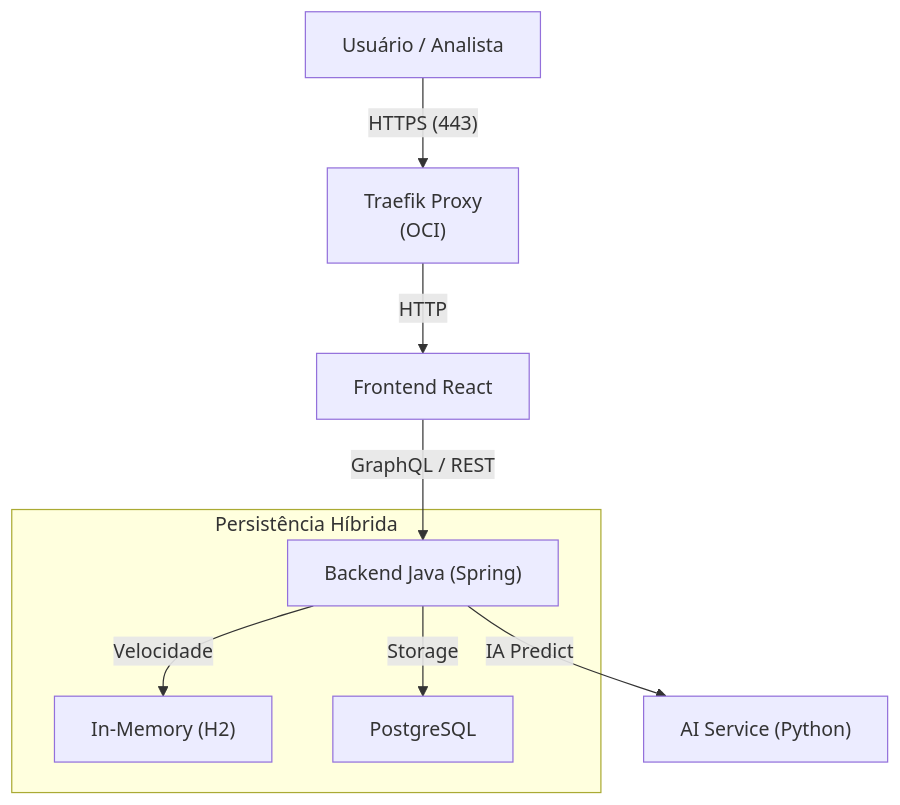
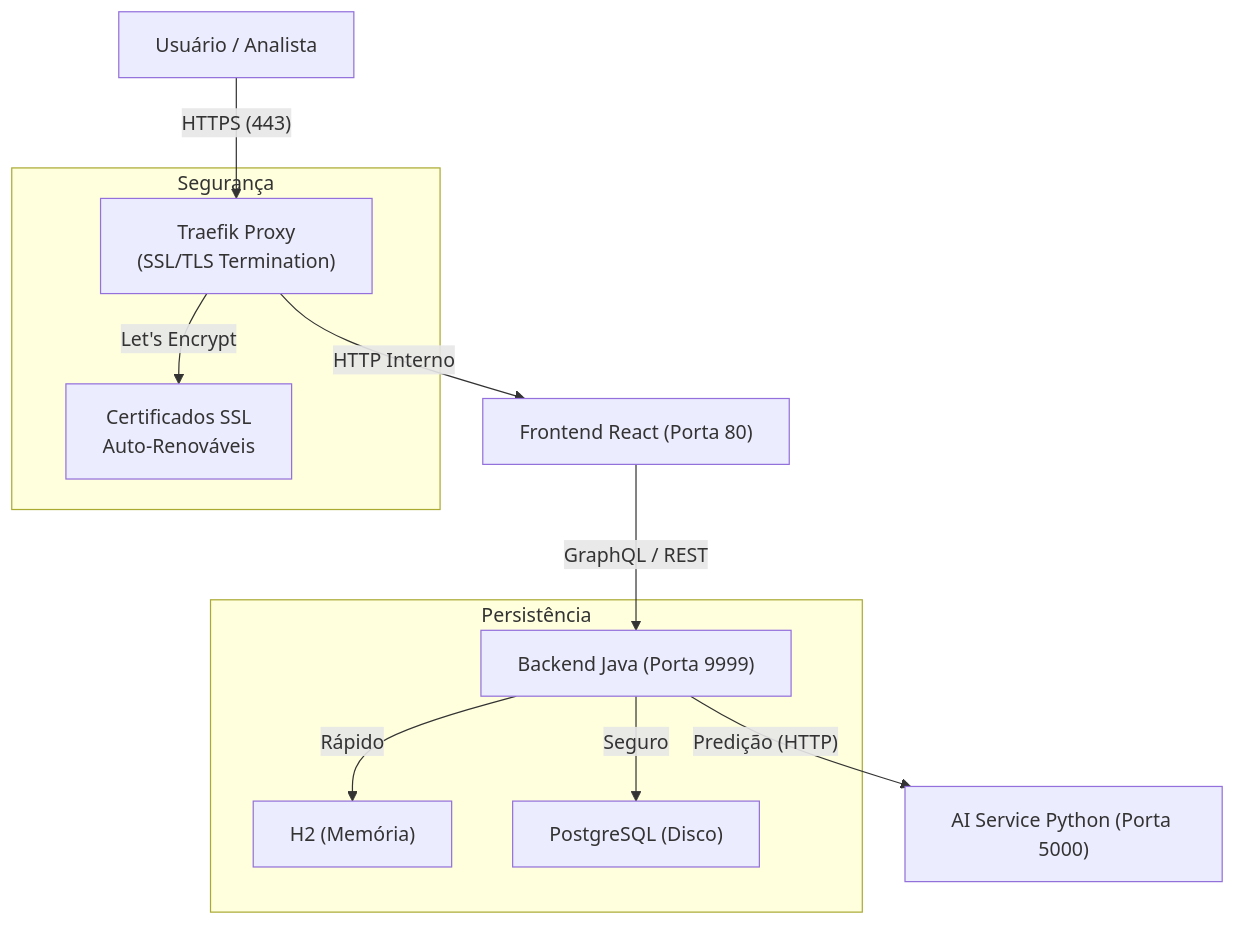
The diagram in README.md (rafaelreisramos/ML-API-REST-HIBRIDA-HACKATHON-ONE-8), drawn with Mermaid before and after one commit. The commit also changed other lines of this file, not shown here.

````diff
--- a/README.md
+++ b/README.md
@@ -90,12 +164,16 @@
 ```mermaid
 graph TD
-    User["Usuário / Analista"] -->|"HTTPS (443)"| Traefik["Traefik Proxy<br/>(OCI)"]
-    Traefik -->|"HTTP"| UI["Frontend React"]
-    UI -->|"GraphQL / REST"| API["Backend Java (Spring)"]
-    API -->|"IA Predict"| AI["AI Service (Python)"]
+    User["Usuário / Analista"] -->|"HTTPS (443)"| Traefik["Traefik Proxy<br/>(SSL/TLS Termination)"]
+    Traefik -->|"HTTP Interno"| UI["Frontend React (Porta 80)"]
+    UI -->|"GraphQL / REST"| API["Backend Java (Porta 9999)"]
+    API -->|"Predição (HTTP)"| AI["AI Service Python (Porta 5000)"]
     
-    subgraph "Persistência Híbrida"
-    API -->|"Velocidade"| H2["In-Memory (H2)"]
-    API -->|"Storage"| PG["PostgreSQL"]
+    subgraph "Persistência"
+    API -->|"Rápido"| H2["H2 (Memória)"]
+    API -->|"Seguro"| PG["PostgreSQL (Disco)"]
+    end
+    
+    subgraph "Segurança"
+    Traefik -->|"Let's Encrypt"| SSL["Certificados SSL<br/>Auto-Renováveis"]
     end
 ```
````
